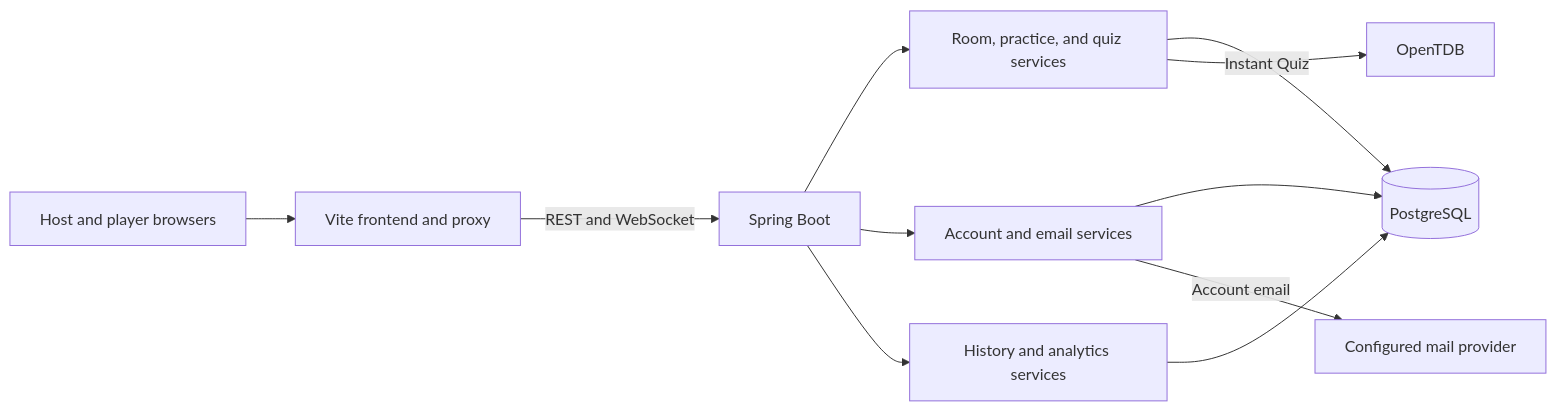
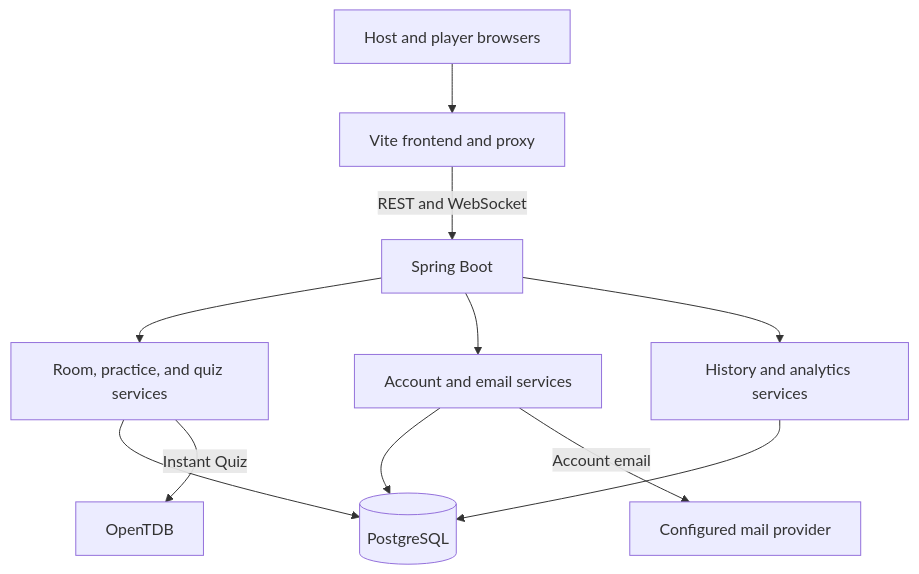
One commit to daevinsimbajon-web/cpe314-69167-capstone-team-02 changed the first of 10 diagrams in doc/design-document.md. Above: the diagram before and after it, drawn with Mermaid. The commit also changed other lines of this file and 160 other files, not shown here.

Commit message:
Complete M3 architecture cleanup, code corrections, and final documentation

````diff
--- a/doc/design-document.md
+++ b/doc/design-document.md
@@ -64,13 +102,13 @@
 ```mermaid
-flowchart LR
+flowchart TB
     Player["Host and player browsers"] --> Proxy["Vite frontend and proxy"]
     Proxy -->|REST and WebSocket| Backend["Spring Boot"]
     Backend --> Rooms["Room, practice, and quiz services"]
     Backend --> Accounts["Account and email services"]
     Backend --> Reports["History and analytics services"]
     Rooms --> DB[("PostgreSQL")]
     Accounts --> DB
     Reports --> DB
     Rooms -->|Instant Quiz| Trivia["OpenTDB"]
     Accounts -->|Account email| Provider["Configured mail provider"]
 ```
````
